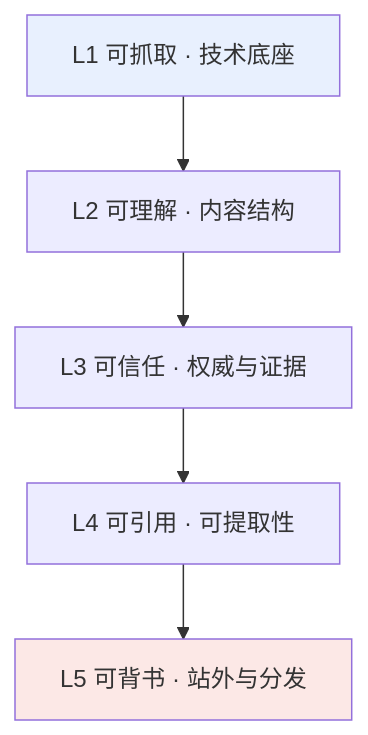
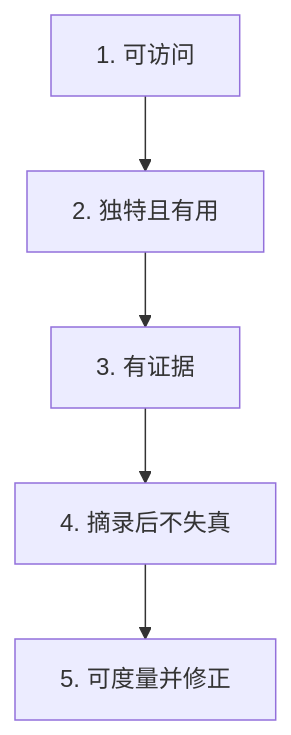
Before and after one commit to cubxxw/blog: the diagram in content/zh/ai-agent/posts/geo-generative-engine-optimization-guide.md, drawn with Mermaid. The commit also changed other lines of this file and 40 other files, not shown here.

````diff
--- a/content/zh/ai-agent/posts/geo-generative-engine-optimization-guide.md
+++ b/content/zh/ai-agent/posts/geo-generative-engine-optimization-guide.md
@@ -139,9 +163,7 @@
 ```mermaid
 flowchart TB
-    L1[L1 可抓取 · 技术底座] --> L2[L2 可理解 · 内容结构]
-    L2 --> L3[L3 可信任 · 权威与证据]
-    L3 --> L4[L4 可引用 · 可提取性]
-    L4 --> L5[L5 可背书 · 站外与分发]
-    style L1 fill:#e8f0fe
-    style L5 fill:#fce8e6
+    L1["1. 可访问"] --> L2["2. 独特且有用"]
+    L2 --> L3["3. 有证据"]
+    L3 --> L4["4. 摘录后不失真"]
+    L4 --> L5["5. 可度量并修正"]
 ```
````
